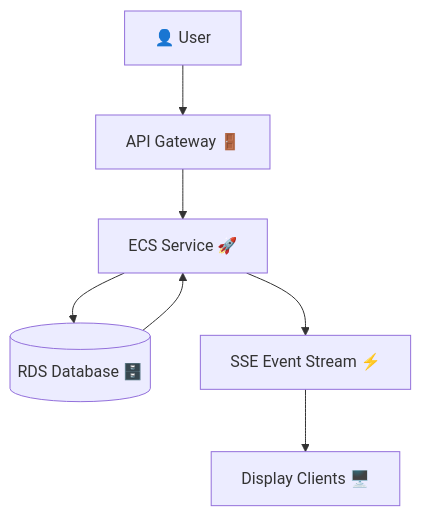
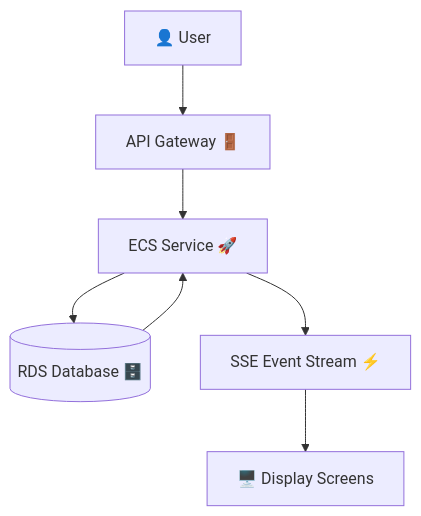
One commit to miangelisse-ux/kairoslive changed the second of 4 diagrams in architecture.md. Above: the diagram before and after it, drawn with Mermaid. The commit also changed other lines of this file, not shown here.

````diff
--- a/architecture.md
+++ b/architecture.md
@@ -123,19 +128,19 @@
 ```mermaid
 flowchart TD
 
 User[👤 User]
 APIGW[API Gateway 🚪]
 Backend[ECS Service 🚀]
 DB[(RDS Database 🗄️)]
 Events[SSE Event Stream ⚡]
-Clients[Display Clients 🖥️]
+Screens[🖥️ Display Screens]
 
 User --> APIGW
 APIGW --> Backend
 
 Backend --> DB
 DB --> Backend
 
 Backend --> Events
-Events --> Clients
+Events --> Screens
 ```
````
